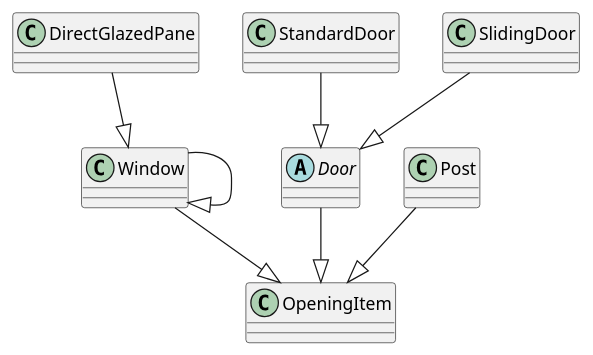
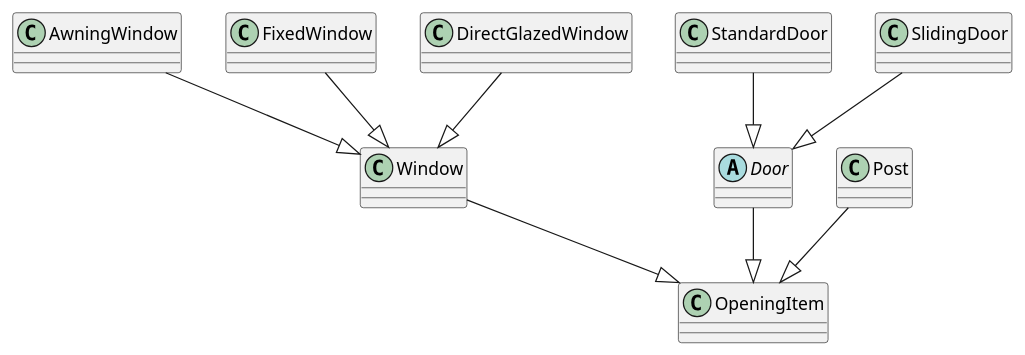
The diagram in docs/model.puml (GeorgeDewar/myhome-ts), drawn with PlantUML before and after one commit. The commit also changed 12 other files, not shown here.

```diff
--- a/docs/model.puml
+++ b/docs/model.puml
@@ -1,23 +1,26 @@
 @startuml
 
 class OpeningItem {}
 abstract class Window {}
 abstract class Door {}
 class Post {}
 Window --|> OpeningItem
 Door --|> OpeningItem
 Post --|> OpeningItem
 
 ' Window types
 class Window {}
-class DirectGlazedPane {}
-Window --|> Window
-DirectGlazedPane --|> Window
+class AwningWindow {}
+class FixedWindow {}
+class DirectGlazedWindow {}
+AwningWindow --|> Window
+FixedWindow --|> Window
+DirectGlazedWindow --|> Window
 
 ' Door types
 class StandardDoor {}
 class SlidingDoor {}
 StandardDoor --|> Door
 SlidingDoor --|> Door
 
 @enduml
```
